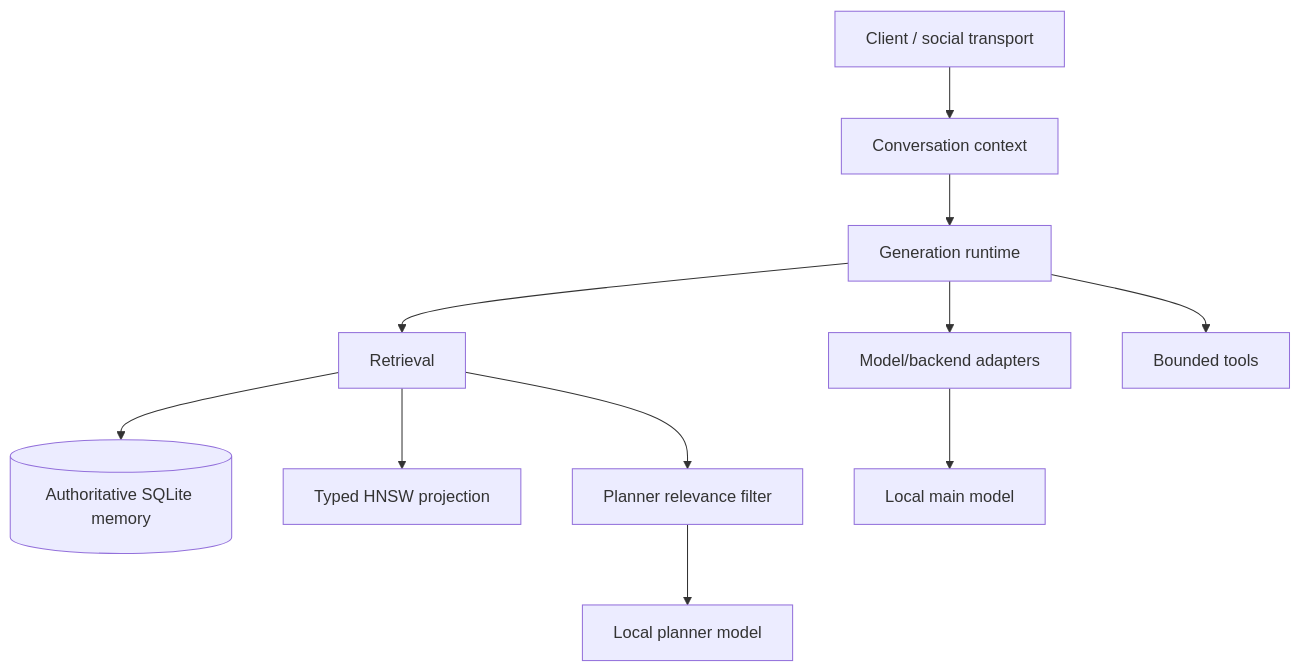
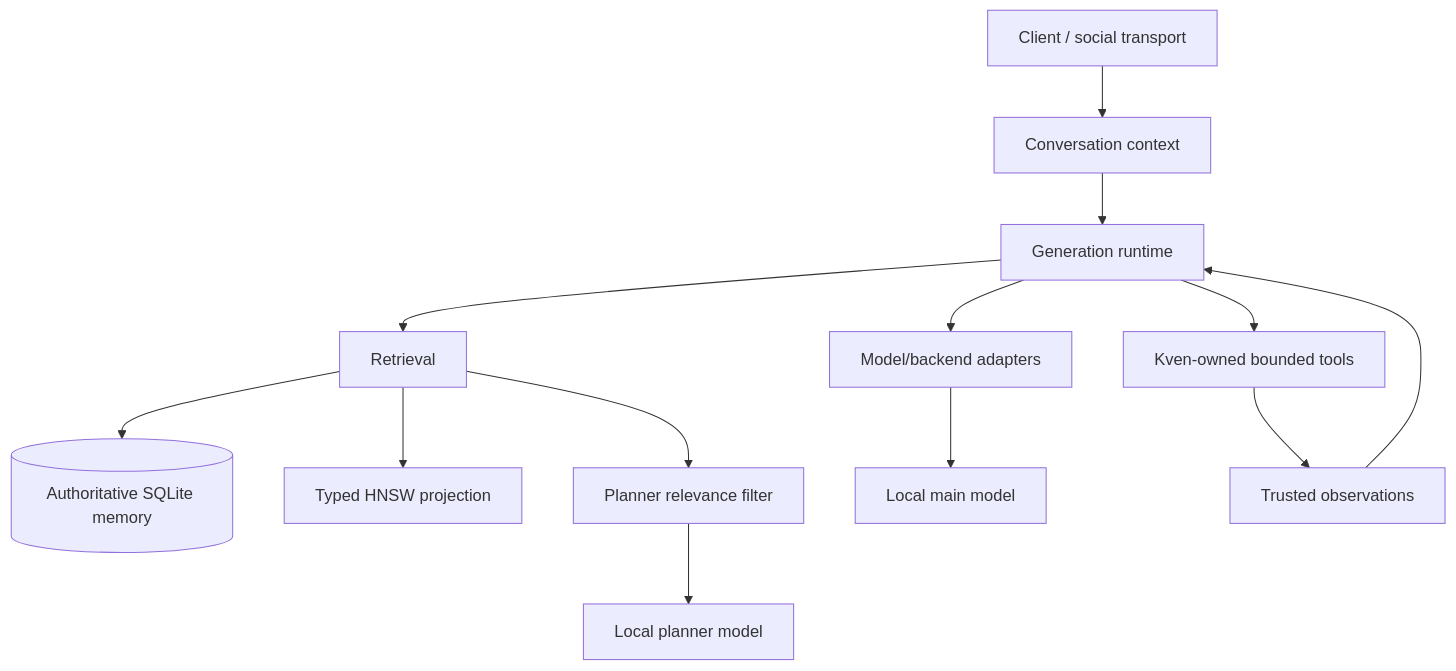
The diagram in README.md (eugene-kuris/Kven-II), drawn with Mermaid before and after one commit. The commit also changed other lines of this file and 5 other files, not shown here.

Commit message:
Publish trusted tool continuation architecture

````diff
--- a/README.md
+++ b/README.md
@@ -27,16 +30,18 @@
 ```mermaid
 flowchart TD
     Client[Client / social transport] --> Context[Conversation context]
     Context --> Runtime[Generation runtime]
 
     Runtime --> Retrieval[Retrieval]
     Retrieval --> SQLite[(Authoritative SQLite memory)]
     Retrieval --> HNSW[Typed HNSW projection]
     Retrieval --> Reranker[Planner relevance filter]
 
     Runtime --> Adapters[Model/backend adapters]
     Adapters --> Main[Local main model]
     Reranker --> Planner[Local planner model]
 
-    Runtime --> Tools[Bounded tools]
+    Runtime --> Tools[Kven-owned bounded tools]
+    Tools --> Observations[Trusted observations]
+    Observations --> Runtime
 ```
````
